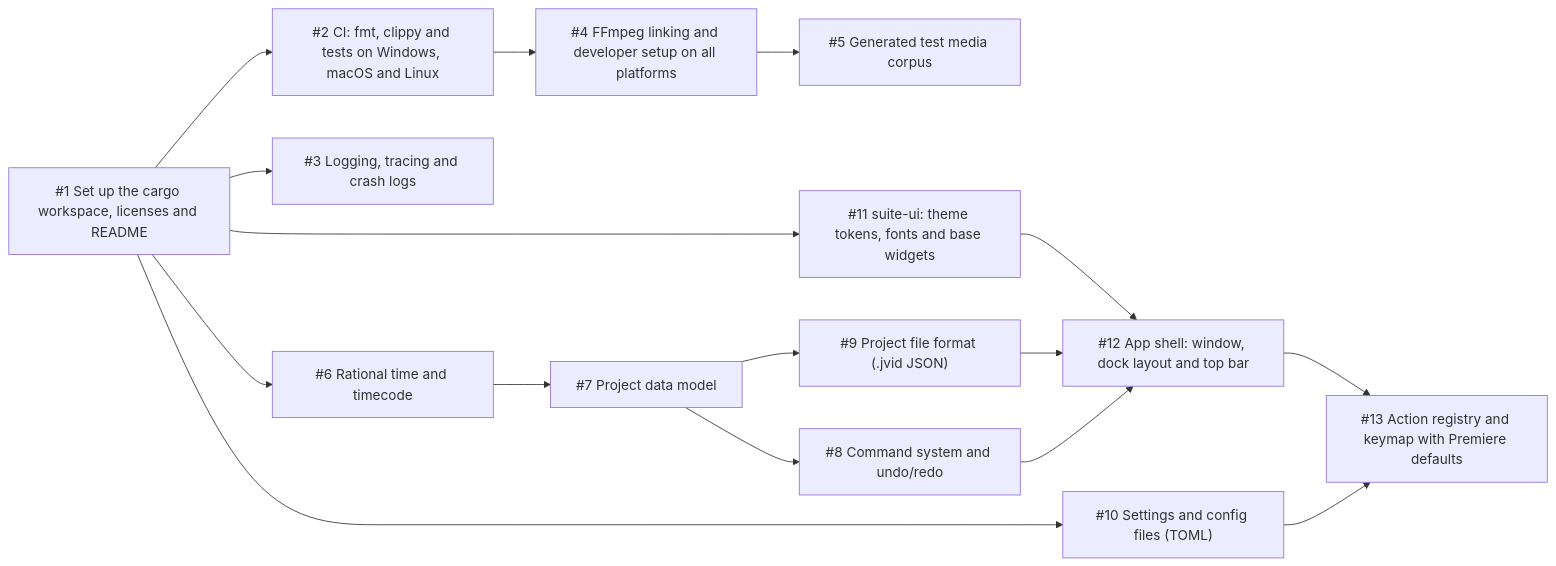
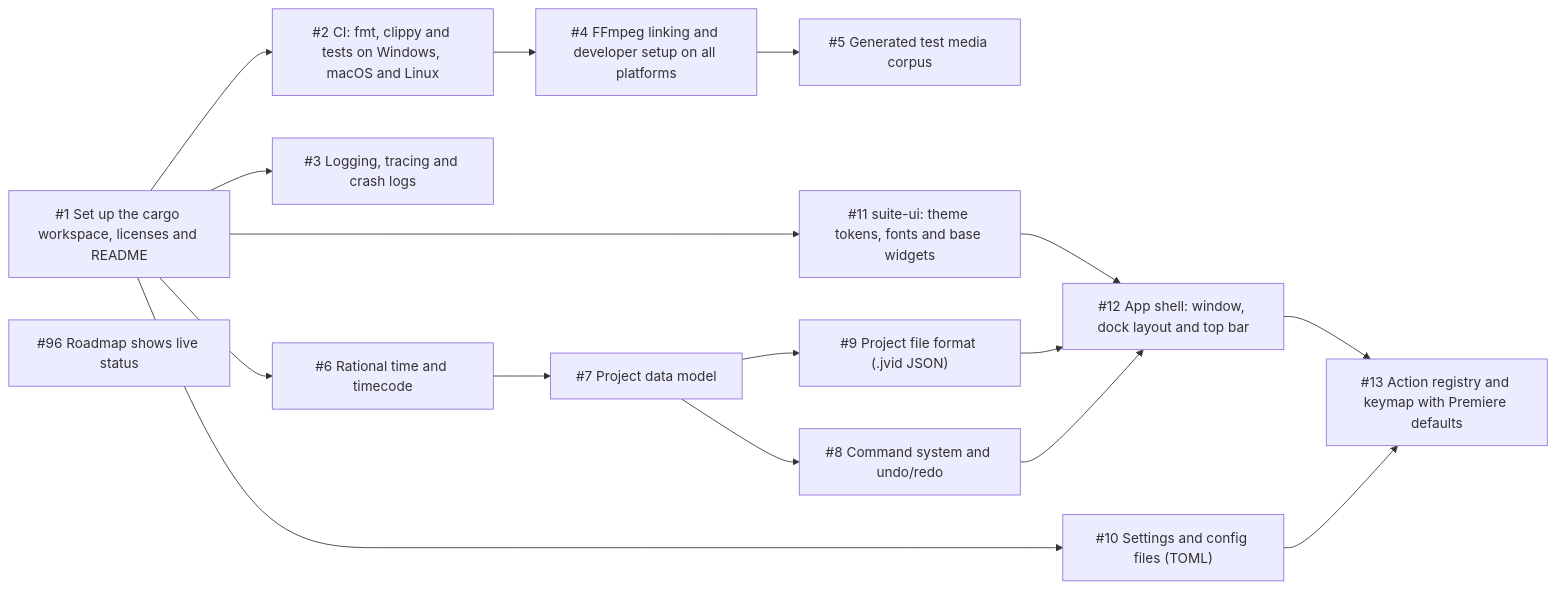
Before and after one commit to jarradbanks/jvid: the first of 7 diagrams in docs/ROADMAP.md, drawn with Mermaid. The commit also changed other lines of this file and 2 other files, not shown here.

Commit message:
Add roadmap-status issue #96

````diff
--- a/docs/ROADMAP.md
+++ b/docs/ROADMAP.md
@@ -50,31 +50,32 @@
 ```mermaid
 flowchart LR
   workspace["#35;1 Set up the cargo workspace, licenses and README"]
   ci["#35;2 CI: fmt, clippy and tests on Windows, macOS and Linux"]
   logging["#35;3 Logging, tracing and crash logs"]
+  roadmap_status["#35;96 Roadmap shows live status"]
   ffmpeg_setup["#35;4 FFmpeg linking and developer setup on all platforms"]
   test_media["#35;5 Generated test media corpus"]
   time["#35;6 Rational time and timecode"]
   model["#35;7 Project data model"]
   undo["#35;8 Command system and undo/redo"]
   serialize["#35;9 Project file format (.jvid JSON)"]
   config["#35;10 Settings and config files (TOML)"]
   suite_ui_theme["#35;11 suite-ui: theme tokens, fonts and base widgets"]
   app_shell["#35;12 App shell: window, dock layout and top bar"]
   actions["#35;13 Action registry and keymap with Premiere defaults"]
   workspace --> ci
   workspace --> logging
   ci --> ffmpeg_setup
   ffmpeg_setup --> test_media
   workspace --> time
   time --> model
   model --> undo
   model --> serialize
   workspace --> config
   workspace --> suite_ui_theme
   suite_ui_theme --> app_shell
   serialize --> app_shell
   undo --> app_shell
   app_shell --> actions
   config --> actions
 ```
````
